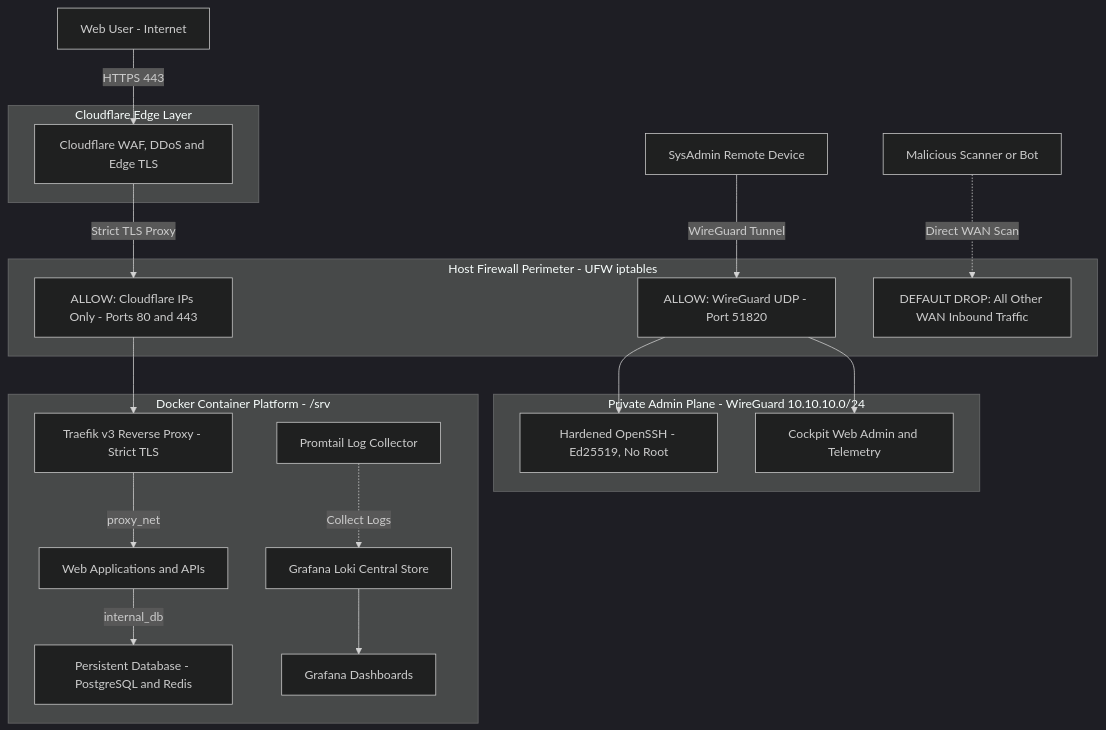
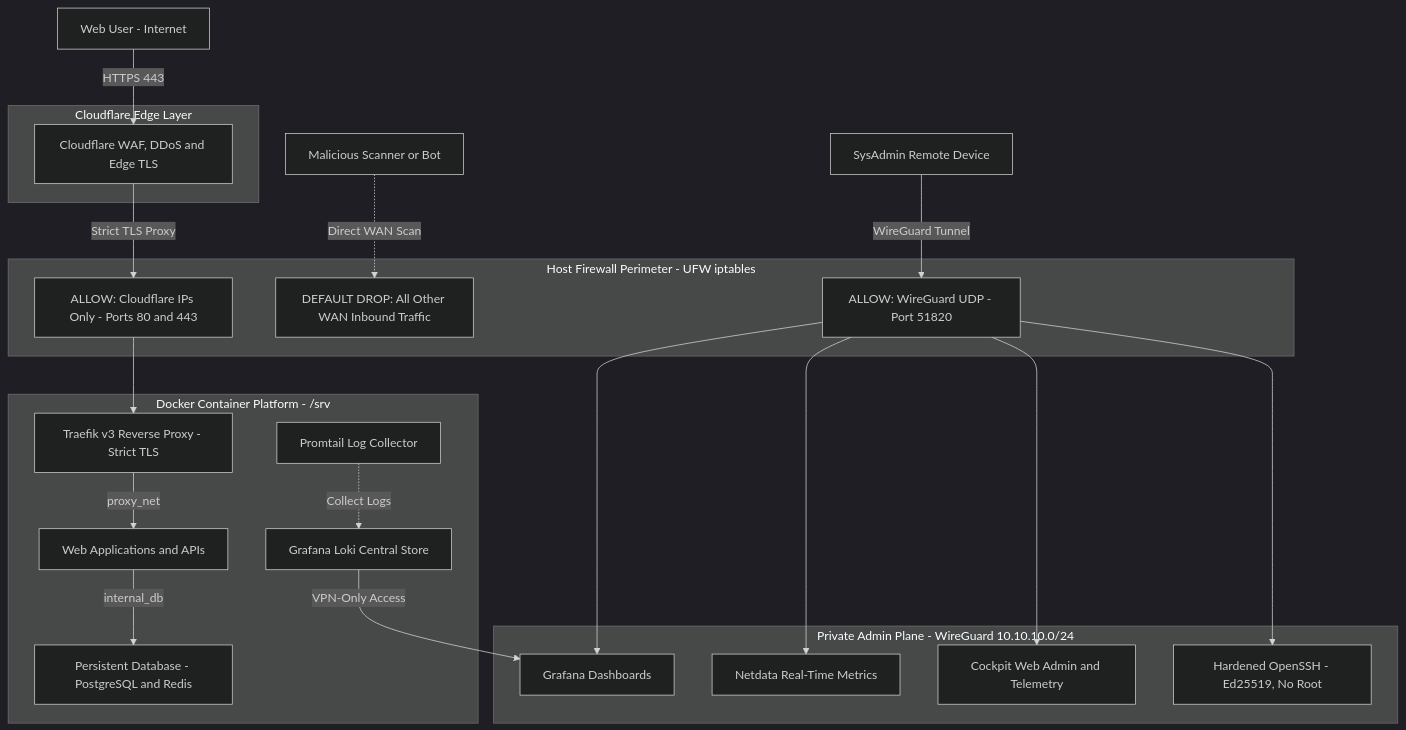
Before and after one commit to gabzaf/zero-trust-vps-platform: the diagram in README.md, drawn with Mermaid (dark theme).

````diff
--- a/README.md
+++ b/README.md
@@ -16,45 +16,48 @@
 ```mermaid
 graph TD
     User["Web User - Internet"]
     Attacker["Malicious Scanner or Bot"]
     Admin["SysAdmin Remote Device"]
 
     subgraph Cloudflare_Edge["Cloudflare Edge Layer"]
         CF_WAF["Cloudflare WAF, DDoS and Edge TLS"]
     end
 
     subgraph Host_Firewall["Host Firewall Perimeter - UFW iptables"]
         FW_CF["ALLOW: Cloudflare IPs Only - Ports 80 and 443"]
         FW_WG["ALLOW: WireGuard UDP - Port 51820"]
         FW_DROP["DEFAULT DROP: All Other WAN Inbound Traffic"]
     end
 
     subgraph Admin_Plane["Private Admin Plane - WireGuard 10.10.10.0/24"]
         SSH["Hardened OpenSSH - Ed25519, No Root"]
         Cockpit["Cockpit Web Admin and Telemetry"]
+        Netdata["Netdata Real-Time Metrics"]
+        Grafana["Grafana Dashboards"]
     end
 
     subgraph App_Platform["Docker Container Platform - /srv"]
         Traefik["Traefik v3 Reverse Proxy - Strict TLS"]
         WebApp["Web Applications and APIs"]
         DB["Persistent Database - PostgreSQL and Redis"]
         Promtail["Promtail Log Collector"]
         Loki["Grafana Loki Central Store"]
-        Grafana["Grafana Dashboards"]
     end
 
     User -->|HTTPS 443| CF_WAF
     CF_WAF -->|Strict TLS Proxy| FW_CF
     FW_CF --> Traefik
     Traefik -->|proxy_net| WebApp
     WebApp -->|internal_db| DB
 
     Attacker -.->|Direct WAN Scan| FW_DROP
 
     Admin -->|WireGuard Tunnel| FW_WG
     FW_WG --> SSH
     FW_WG --> Cockpit
+    FW_WG --> Netdata
+    FW_WG --> Grafana
 
     Promtail -.->|Collect Logs| Loki
-    Loki --> Grafana
+    Loki -->|VPN-Only Access| Grafana
 ```
````
